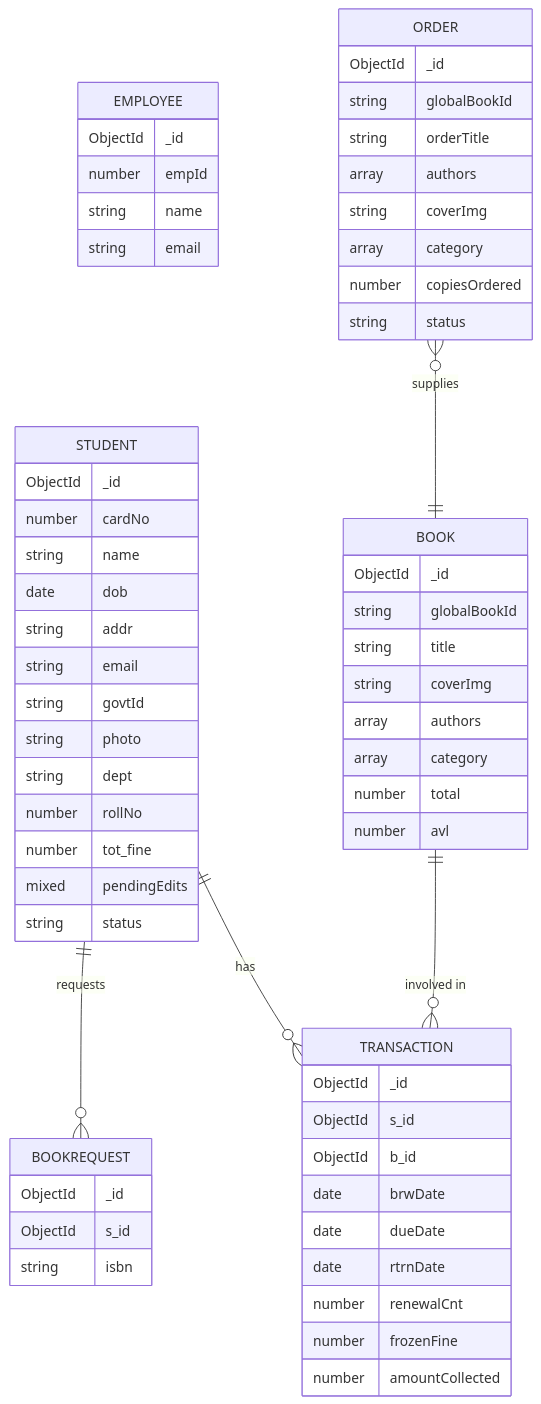
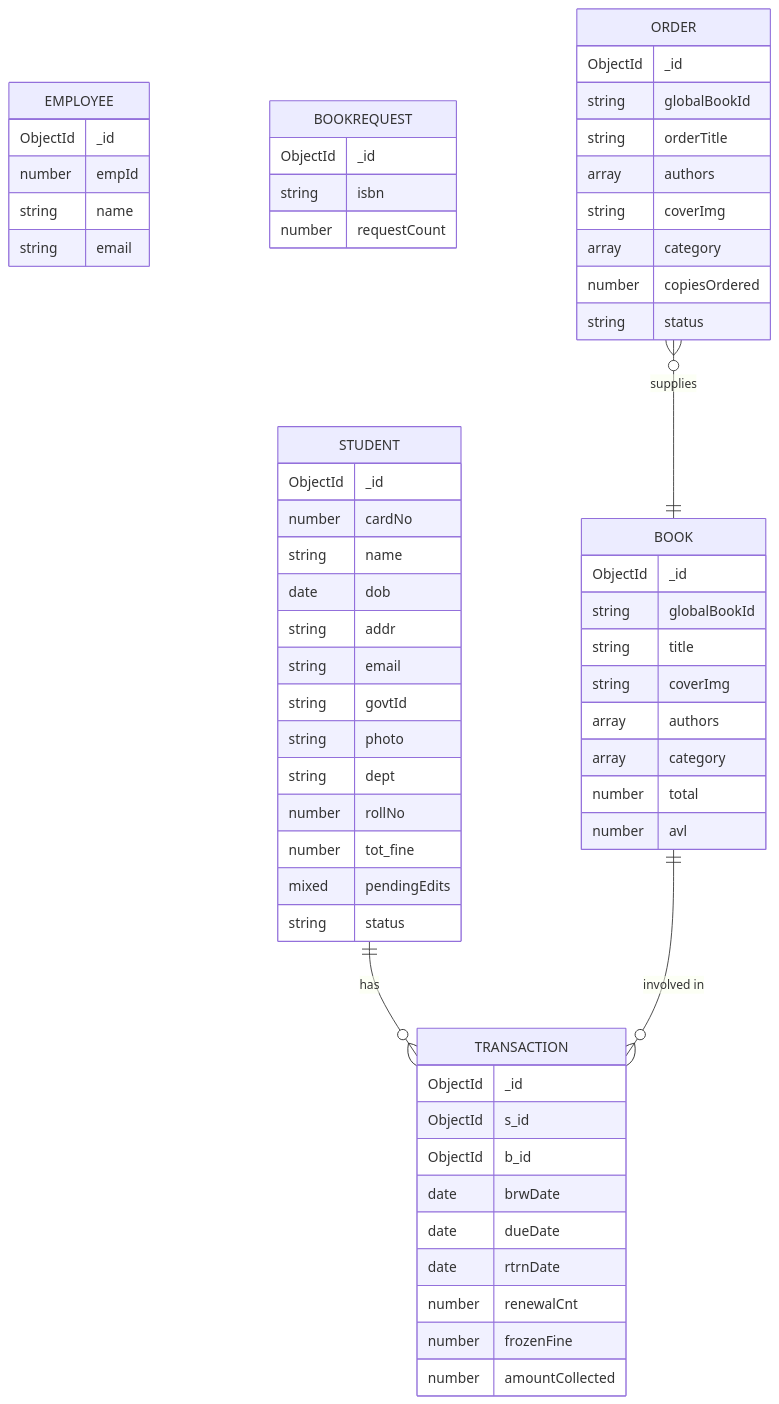
One commit to deboditray2004/LibProj changed the diagram in README.md. Above: the diagram before and after it, drawn with Mermaid. The commit also changed 6 other files, not shown here.

````diff
--- a/README.md
+++ b/README.md
@@ -26,64 +26,63 @@
 ```mermaid
 erDiagram
     STUDENT {
         ObjectId _id
         number cardNo
         string name
         date dob
         string addr
         string email
         string govtId
         string photo
         string dept
         number rollNo
         number tot_fine
         mixed pendingEdits
         string status
     }
     EMPLOYEE {
         ObjectId _id
         number empId
         string name
         string email
     }
     BOOK {
         ObjectId _id
         string globalBookId
         string title
         string coverImg
         array authors
         array category
         number total
         number avl
     }
     BOOKREQUEST {
         ObjectId _id
-        ObjectId s_id
         string isbn
+        number requestCount
     }
     ORDER {
         ObjectId _id
         string globalBookId
         string orderTitle
         array authors
         string coverImg
         array category
         number copiesOrdered
         string status
     }
     TRANSACTION {
         ObjectId _id
         ObjectId s_id
         ObjectId b_id
         date brwDate
         date dueDate
         date rtrnDate
         number renewalCnt
         number frozenFine
         number amountCollected
     }
     STUDENT ||--o{ TRANSACTION : "has"
-    STUDENT ||--o{ BOOKREQUEST : "requests"
     BOOK ||--o{ TRANSACTION : "involved in"
     ORDER }o--|| BOOK : "supplies"
 ```
````
